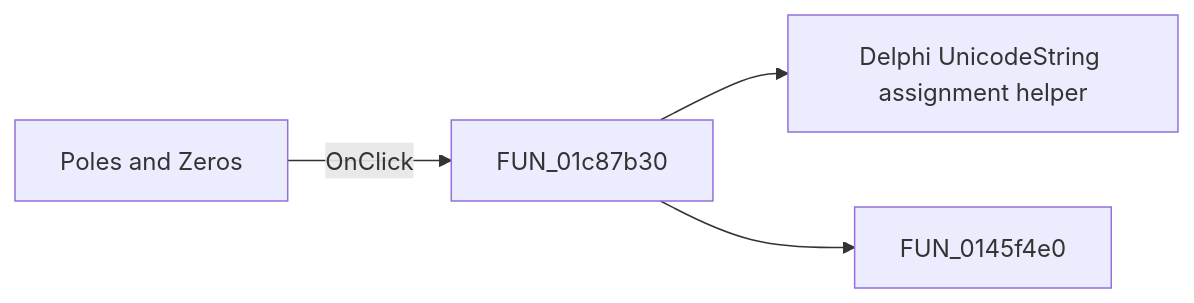
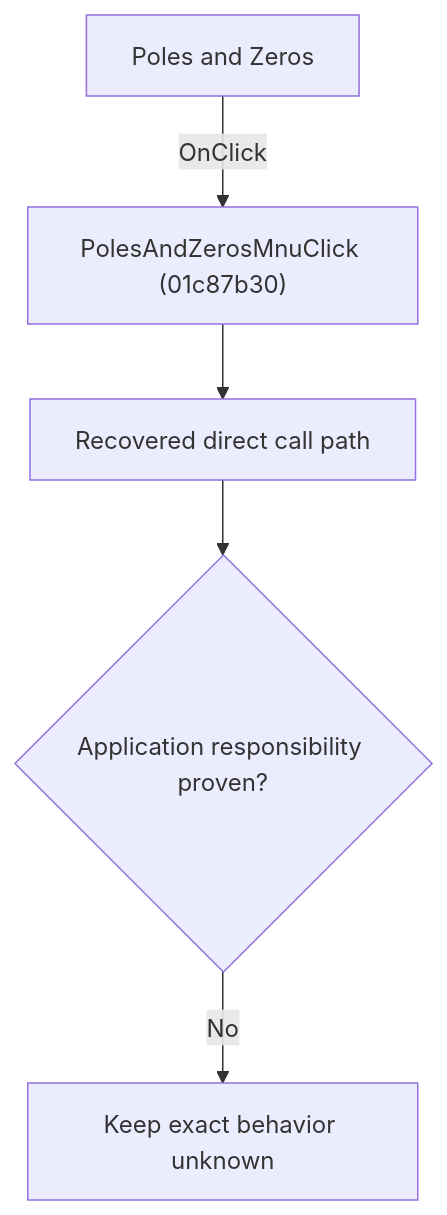
The diagram in docs/ui-controls/schematiceditor/polesandzerosmnu-c079805998.md (MovGP0/TIARA), drawn with Mermaid before and after one commit. The commit also changed other lines of this file and 1062 other files, not shown here.

````diff
--- a/docs/ui-controls/schematiceditor/polesandzerosmnu-c079805998.md
+++ b/docs/ui-controls/schematiceditor/polesandzerosmnu-c079805998.md
@@ -27,6 +27,7 @@
 ```mermaid
-flowchart LR
-    control["Poles and Zeros"] -->|OnClick| handler["FUN_01c87b30"]
-    handler --> call1["Delphi UnicodeString assignment helper"]
-    handler --> call2["FUN_0145f4e0"]
+flowchart TD
+    control["Poles and Zeros"] -->|"OnClick"| handler["PolesAndZerosMnuClick (01c87b30)"]
+    handler --> recovered["Recovered direct call path"]
+    recovered --> gap{"Application responsibility proven?"}
+    gap -->|"No"| blocked["Keep exact behavior unknown"]
 ```
````
